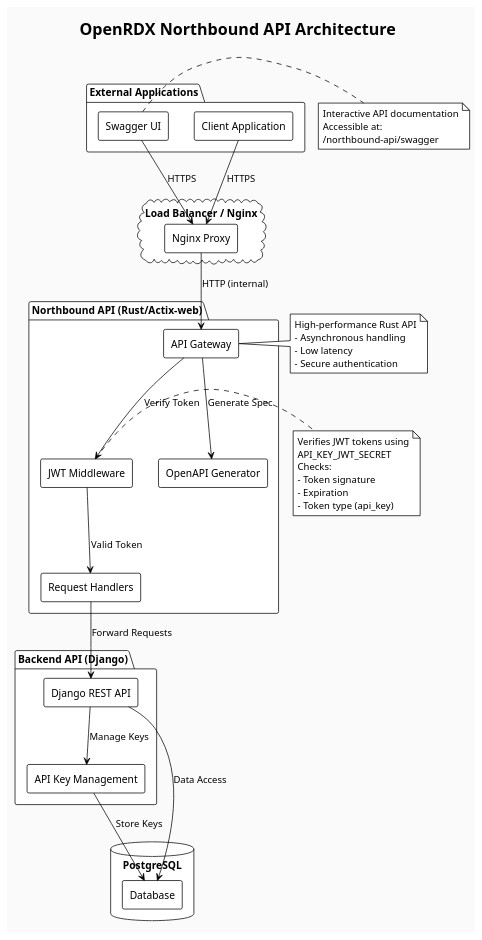
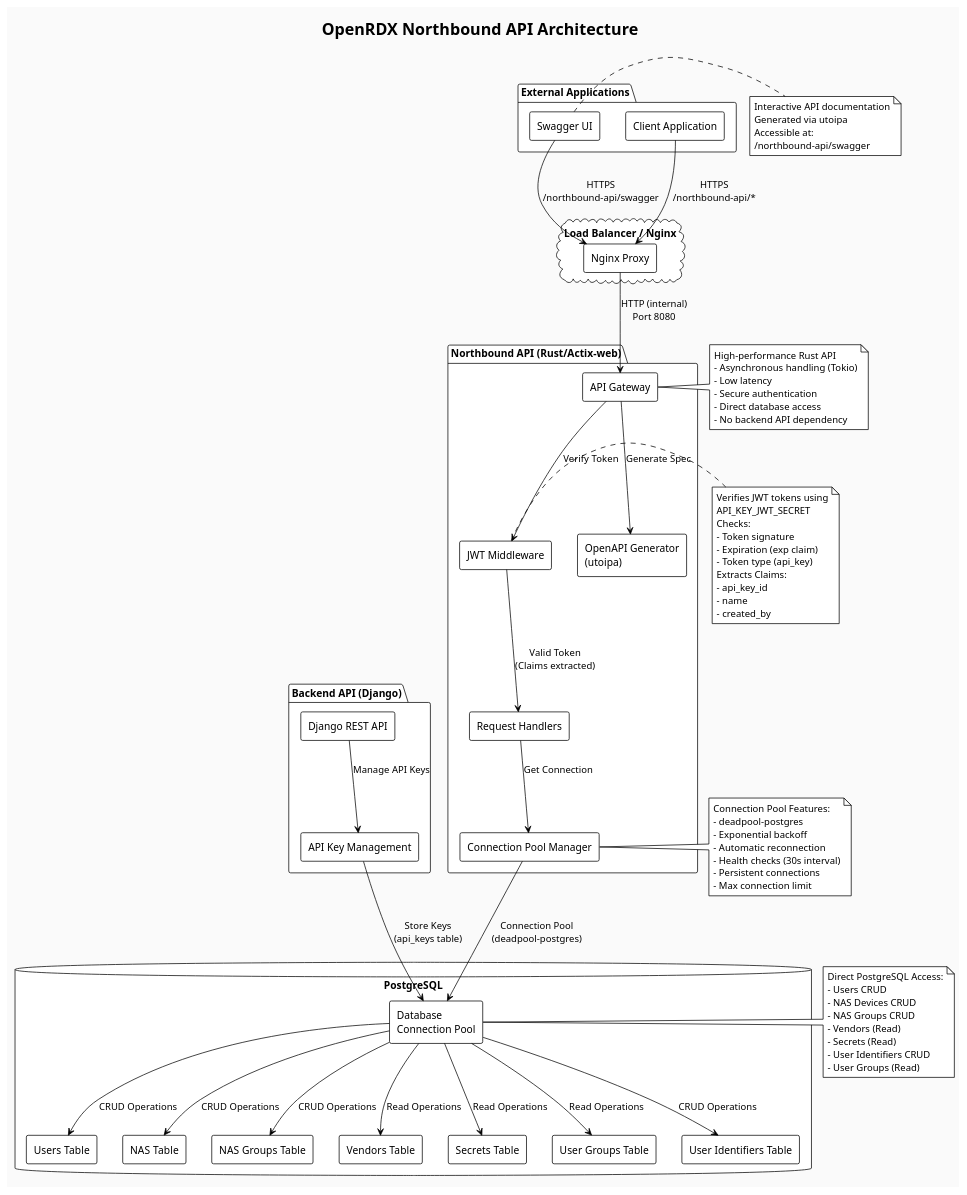
Before and after one commit to ilinaya/OpenRDX: the diagram in docs/diagrams/northbound-api-architecture.puml, drawn with PlantUML. The commit also changed 4 other files, not shown here.

Commit message:
update API documentation diagrams to include connection pooling, CRUD operations, and expanded endpoint details

```diff
--- a/docs/diagrams/northbound-api-architecture.puml
+++ b/docs/diagrams/northbound-api-architecture.puml
@@ -1,66 +1,109 @@
 @startuml Northbound API Architecture
 !theme plain
 skinparam backgroundColor #FAFAFA
 skinparam componentStyle rectangle
 
 title OpenRDX Northbound API Architecture
 
 package "External Applications" {
   [Client Application] as Client
   [Swagger UI] as Swagger
 }
 
 cloud "Load Balancer / Nginx" {
   [Nginx Proxy] as Nginx
 }
 
 package "Northbound API (Rust/Actix-web)" {
   [API Gateway] as NorthboundAPI
   [JWT Middleware] as JWT
   [Request Handlers] as Handlers
-  [OpenAPI Generator] as OpenAPI
+  [Connection Pool Manager] as PoolManager
+  [OpenAPI Generator\n(utoipa)] as OpenAPI
 }
 
 package "Backend API (Django)" {
   [Django REST API] as Backend
   [API Key Management] as APIKeys
 }
 
 database "PostgreSQL" {
-  [Database] as DB
+  [Database\nConnection Pool] as DBPool
+  [Users Table] as Users
+  [NAS Table] as NAS
+  [NAS Groups Table] as NASGroups
+  [Vendors Table] as Vendors
+  [Secrets Table] as Secrets
+  [User Groups Table] as UserGroups
+  [User Identifiers Table] as Identifiers
 }
 
-Client --> Nginx : HTTPS
-Swagger --> Nginx : HTTPS
-Nginx --> NorthboundAPI : HTTP (internal)
+Client --> Nginx : HTTPS\n/northbound-api/*
+Swagger --> Nginx : HTTPS\n/northbound-api/swagger
+Nginx --> NorthboundAPI : HTTP (internal)\nPort 8080
 NorthboundAPI --> JWT : Verify Token
-JWT --> Handlers : Valid Token
-Handlers --> Backend : Forward Requests
+JWT --> Handlers : Valid Token\n(Claims extracted)
+Handlers --> PoolManager : Get Connection
+PoolManager --> DBPool : Connection Pool\n(deadpool-postgres)
+DBPool --> Users : CRUD Operations
+DBPool --> NAS : CRUD Operations
+DBPool --> NASGroups : CRUD Operations
+DBPool --> Vendors : Read Operations
+DBPool --> Secrets : Read Operations
+DBPool --> UserGroups : Read Operations
+DBPool --> Identifiers : CRUD Operations
 NorthboundAPI --> OpenAPI : Generate Spec
-Backend --> APIKeys : Manage Keys
-APIKeys --> DB : Store Keys
-Backend --> DB : Data Access
+Backend --> APIKeys : Manage API Keys
+APIKeys --> DBPool : Store Keys\n(api_keys table)
 
 note right of JWT
   Verifies JWT tokens using
   API_KEY_JWT_SECRET
   Checks:
   - Token signature
-  - Expiration
+  - Expiration (exp claim)
   - Token type (api_key)
+  Extracts Claims:
+  - api_key_id
+  - name
+  - created_by
 end note
 
 note right of NorthboundAPI
   High-performance Rust API
-  - Asynchronous handling
+  - Asynchronous handling (Tokio)
   - Low latency
   - Secure authentication
+  - Direct database access
+  - No backend API dependency
+end note
+
+note right of PoolManager
+  Connection Pool Features:
+  - deadpool-postgres
+  - Exponential backoff
+  - Automatic reconnection
+  - Health checks (30s interval)
+  - Persistent connections
+  - Max connection limit
+end note
+
+note right of DBPool
+  Direct PostgreSQL Access:
+  - Users CRUD
+  - NAS Devices CRUD
+  - NAS Groups CRUD
+  - Vendors (Read)
+  - Secrets (Read)
+  - User Identifiers CRUD
+  - User Groups (Read)
 end note
 
 note right of Swagger
   Interactive API documentation
+  Generated via utoipa
   Accessible at:
   /northbound-api/swagger
 end note
 
 @enduml
```
